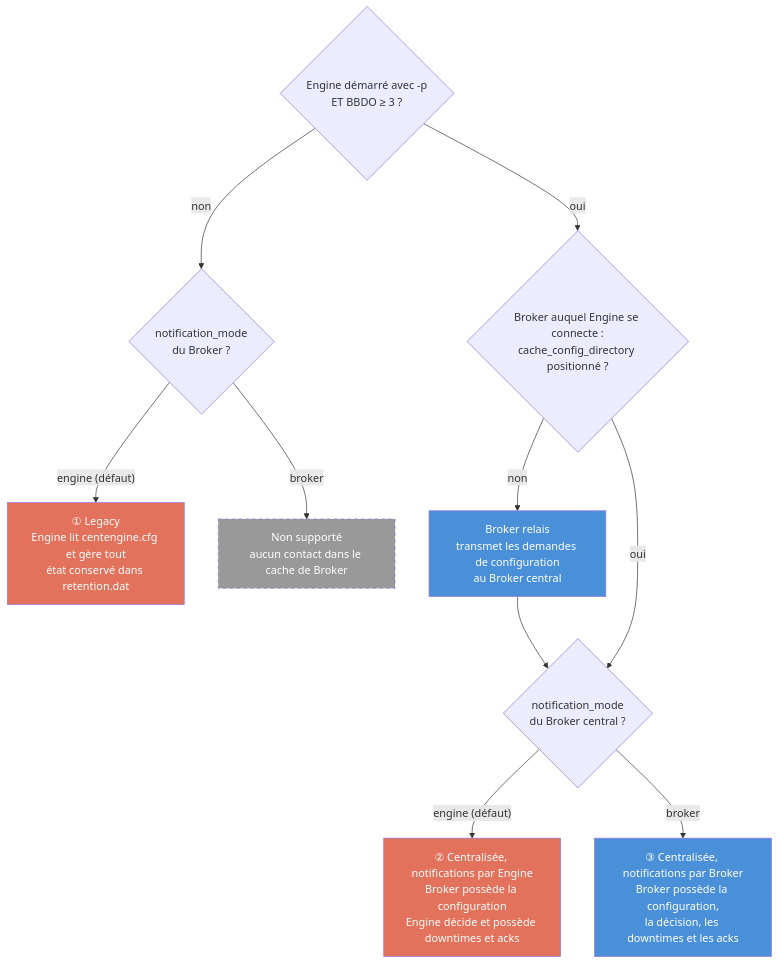
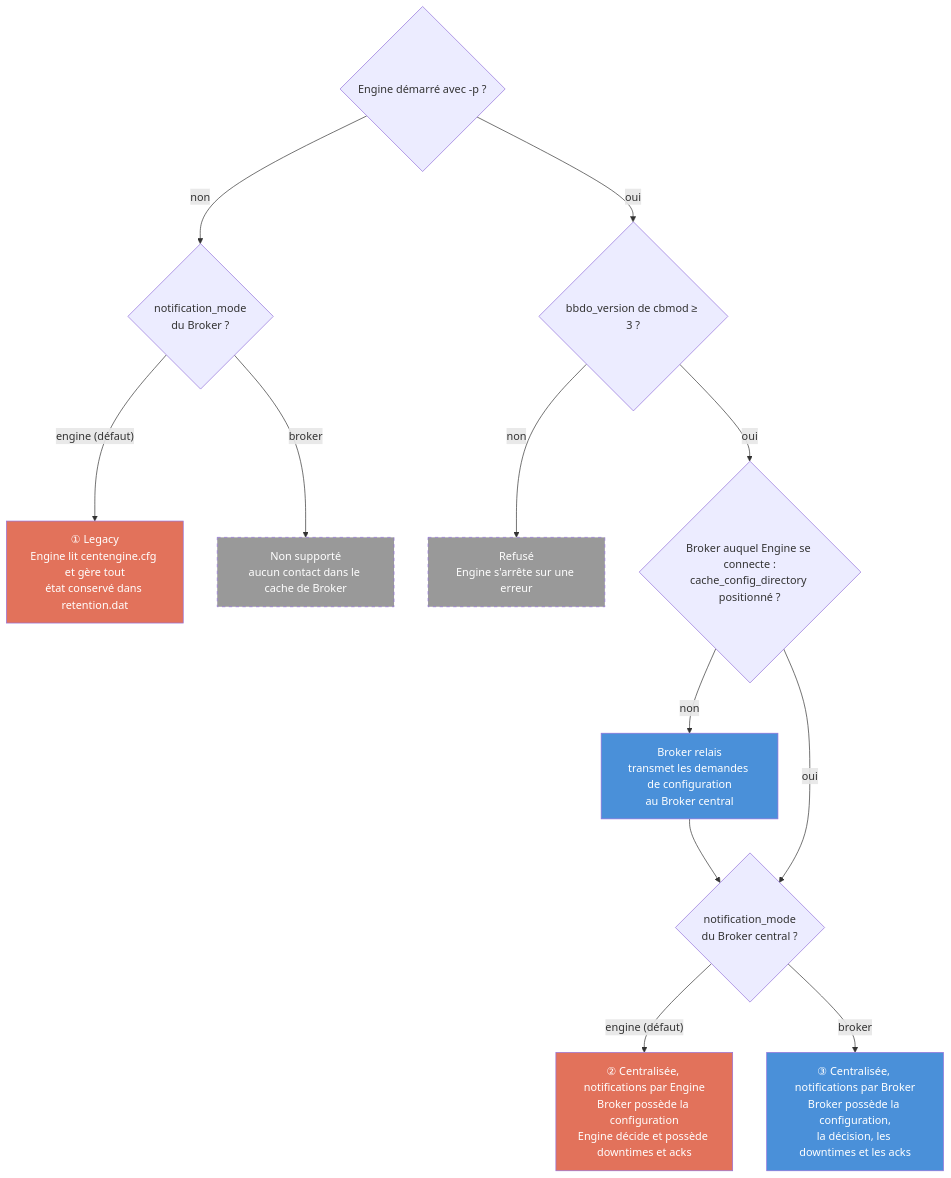
The second of 50 diagrams in doc/nego-engine-broker-fr.md (centreon/centreon-collect), drawn with Mermaid before and after one commit. The commit also changed other lines of this file and 1 other file, not shown here.

Commit message:
chore(doc): nego-engine-broker updated

````diff
--- a/doc/nego-engine-broker-fr.md
+++ b/doc/nego-engine-broker-fr.md
@@ -370,17 +374,19 @@
 ```mermaid
 flowchart TD
     classDef engine fill:#e2725b,color:#fff;
     classDef broker fill:#4a90d9,color:#fff;
     classDef ko fill:#999,color:#fff,stroke-dasharray: 5 5;
 
-    Q1{"Engine démarré avec -p<br/>ET BBDO ≥ 3 ?"}
+    Q1{"Engine démarré avec -p ?"}
     Q1 -- "non" --> QL{"notification_mode<br/>du Broker ?"}
     QL -- "engine (défaut)" --> C1["① Legacy<br/>Engine lit centengine.cfg et gère tout<br/>état conservé dans retention.dat"]:::engine
     QL -- "broker" --> KO["Non supporté<br/>aucun contact dans le cache de Broker"]:::ko
-    Q1 -- "oui" --> Q2{"Broker auquel Engine se connecte :<br/>cache_config_directory positionné ?"}
+    Q1 -- "oui" --> QB{"bbdo_version de cbmod ≥ 3 ?"}
+    QB -- "non" --> REFUSED["Refusé<br/>Engine s'arrête sur une erreur"]:::ko
+    QB -- "oui" --> Q2{"Broker auquel Engine se connecte :<br/>cache_config_directory positionné ?"}
     Q2 -- "non" --> RELAY["Broker relais<br/>transmet les demandes de configuration<br/>au Broker central"]:::broker
     RELAY --> Q3
     Q2 -- "oui" --> Q3{"notification_mode<br/>du Broker central ?"}
     Q3 -- "engine (défaut)" --> C2["② Centralisée, notifications par Engine<br/>Broker possède la configuration<br/>Engine décide et possède downtimes et acks"]:::engine
     Q3 -- "broker" --> C3["③ Centralisée, notifications par Broker<br/>Broker possède la configuration,<br/>la décision, les downtimes et les acks"]:::broker
 ```
````
